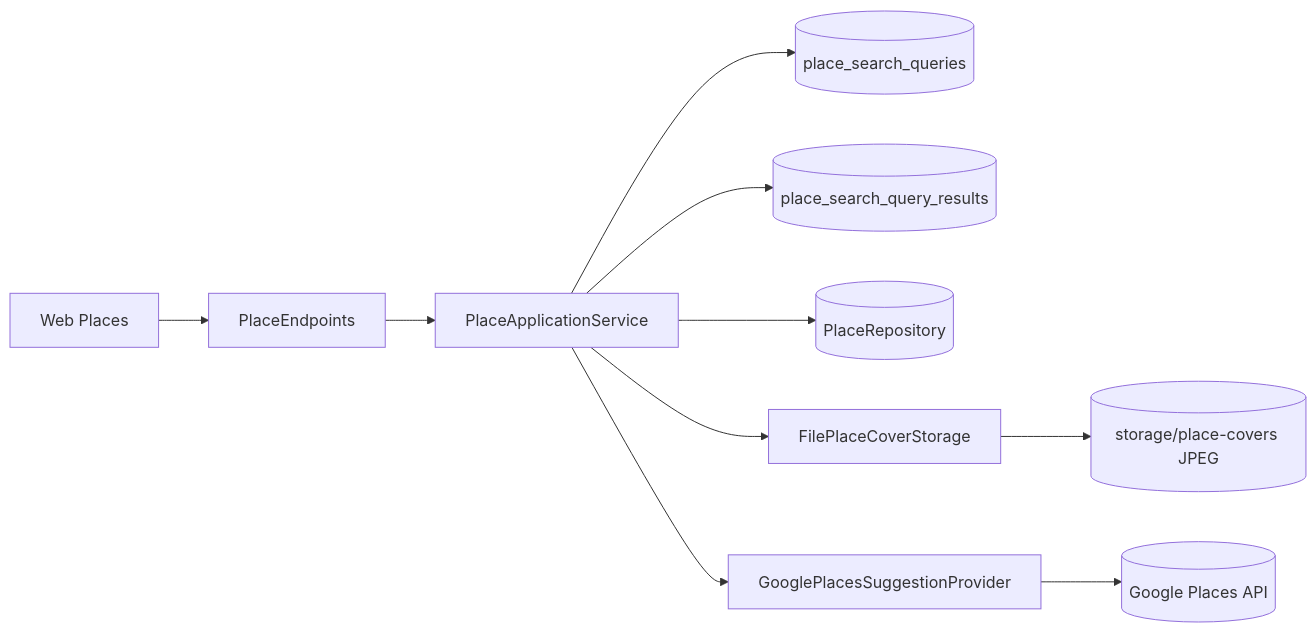
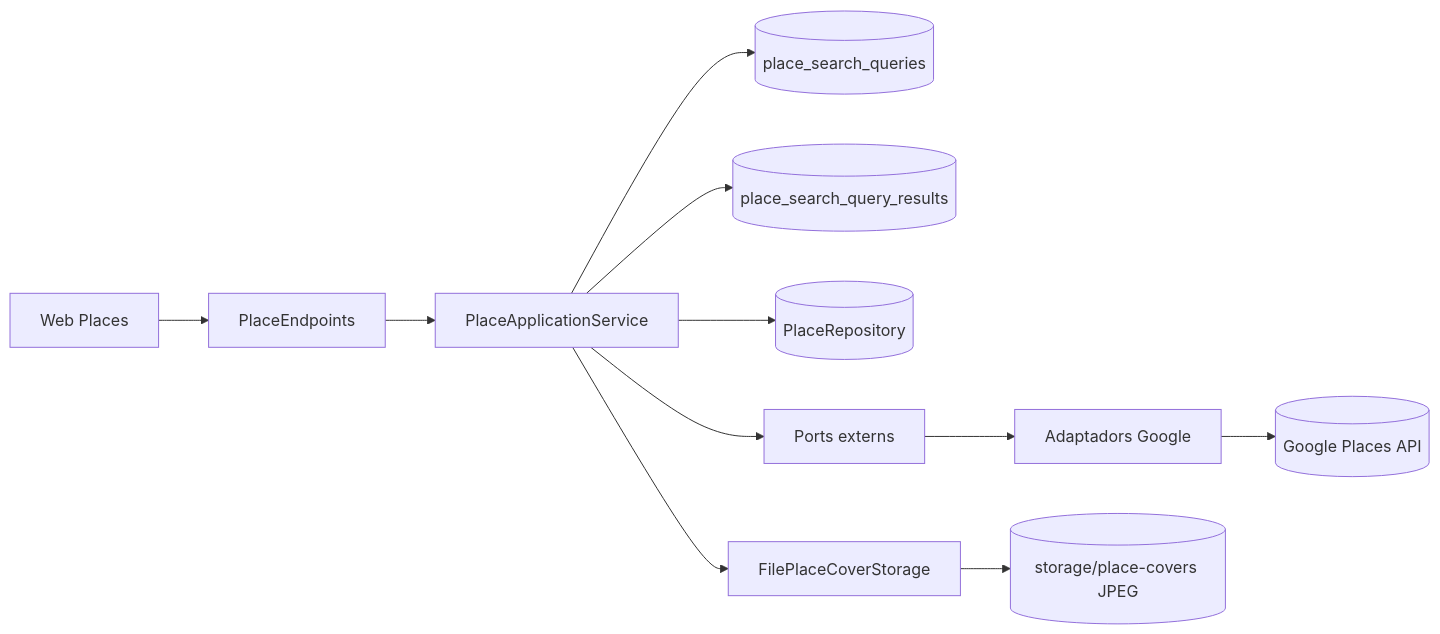
Before and after one commit to dmoraroca/zuppeto: the diagram in docs/ca/tecnic-ca.md, drawn with Mermaid. The commit also changed other lines of this file and 42 other files, not shown here.

````diff
--- a/docs/ca/tecnic-ca.md
+++ b/docs/ca/tecnic-ca.md
@@ -679,12 +682,13 @@
 ```mermaid
 flowchart LR
   UI[Web Places] --> API[PlaceEndpoints]
   API --> APP[PlaceApplicationService]
   APP --> Q[(place_search_queries)]
   APP --> QR[(place_search_query_results)]
   APP --> REP[(PlaceRepository)]
   APP --> COVER[FilePlaceCoverStorage]
-  APP --> EXT[GooglePlacesSuggestionProvider]
-  EXT --> GP[(Google Places API)]
+  APP --> EXT[Ports externs]
+  EXT --> ADAPTERS[Adaptadors Google]
+  ADAPTERS --> GP[(Google Places API)]
   COVER --> DISK[(storage/place-covers JPEG)]
 ```
````
